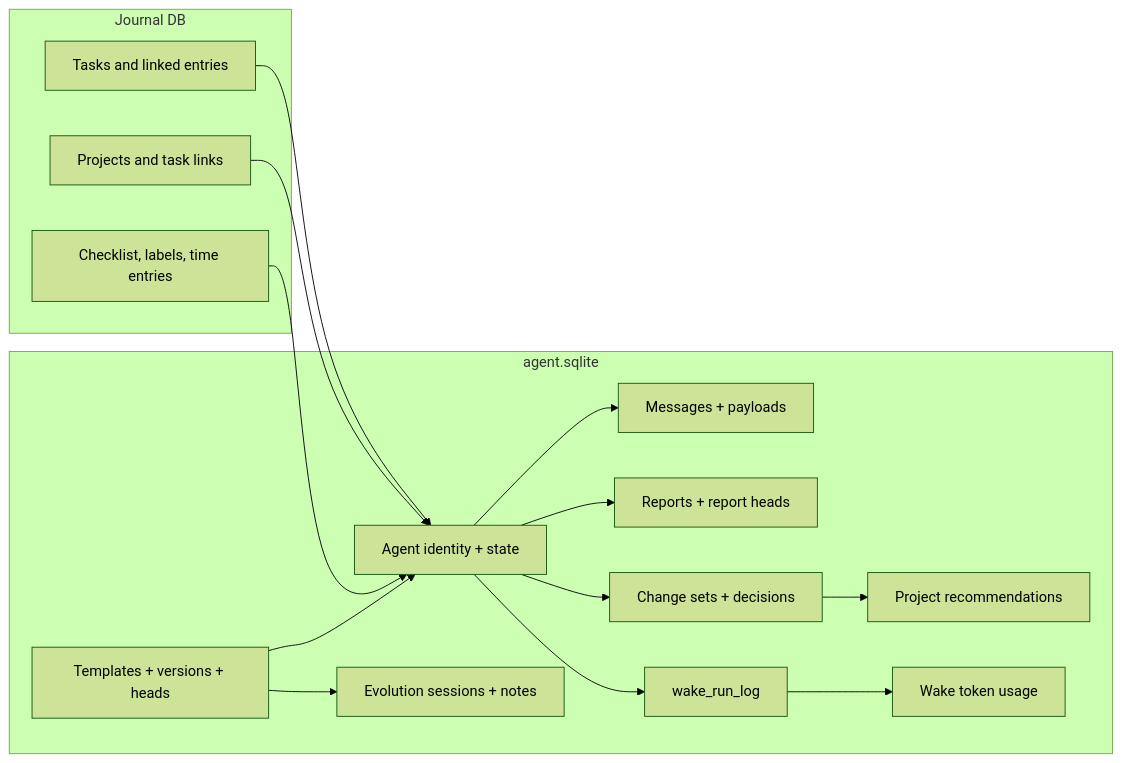
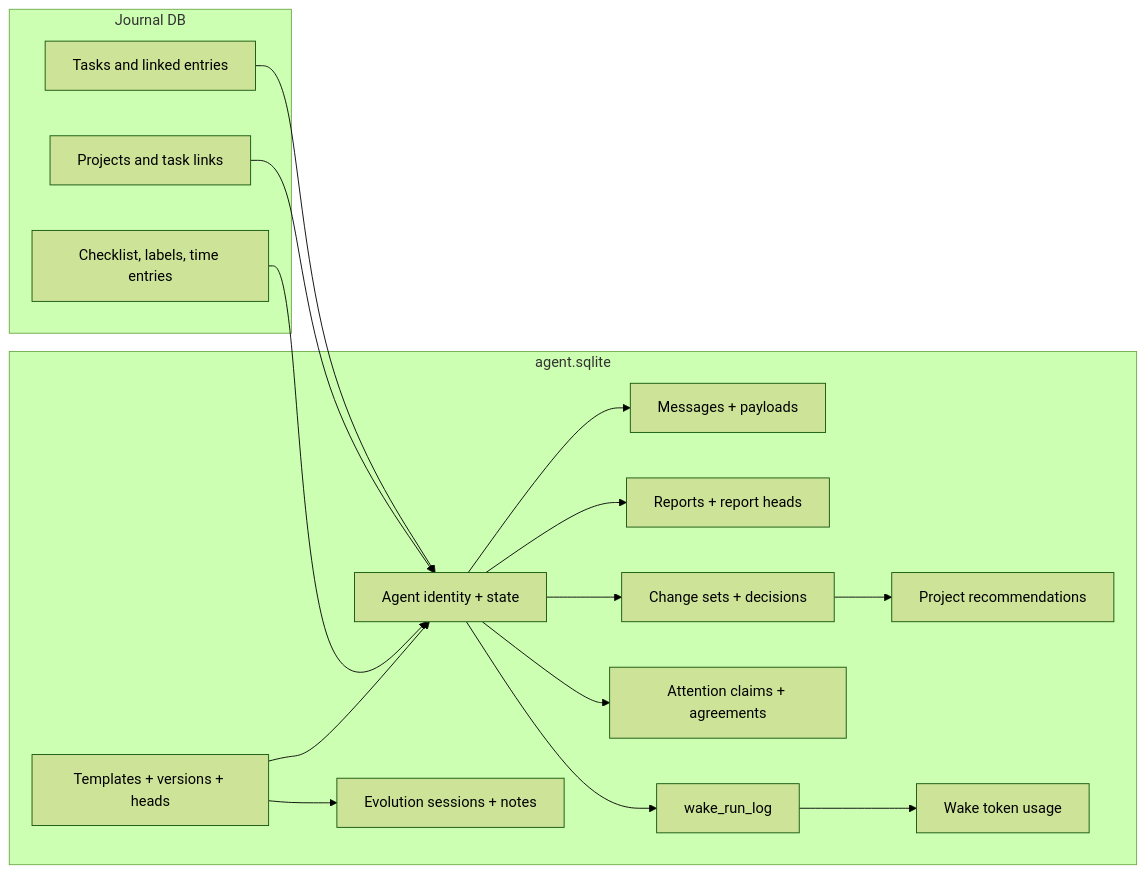
The fifth of 17 diagrams in lib/features/agents/README.md (matthiasn/lotti), drawn with Mermaid (forest theme) before and after one commit. The commit also changed other lines of this file and 6 other files, not shown here.

````diff
--- a/lib/features/agents/README.md
+++ b/lib/features/agents/README.md
@@ -239,32 +242,34 @@
 ```mermaid
 flowchart LR
   subgraph Journal["Journal DB"]
     Task["Tasks and linked entries"]
     Project["Projects and task links"]
     Meta["Checklist, labels, time entries"]
   end
 
   subgraph AgentDB["agent.sqlite"]
     Agent["Agent identity + state"]
     Msg["Messages + payloads"]
     Report["Reports + report heads"]
     Change["Change sets + decisions"]
+    Attention["Attention claims + agreements"]
     Template["Templates + versions + heads"]
     Evo["Evolution sessions + notes"]
     Reco["Project recommendations"]
     Usage["Wake token usage"]
     Wake["wake_run_log"]
   end
 
   Task --> Agent
   Project --> Agent
   Meta --> Agent
   Agent --> Msg
   Agent --> Report
   Agent --> Change
+  Agent --> Attention
   Agent --> Wake
   Template --> Agent
   Template --> Evo
   Change --> Reco
   Wake --> Usage
 ```
````
